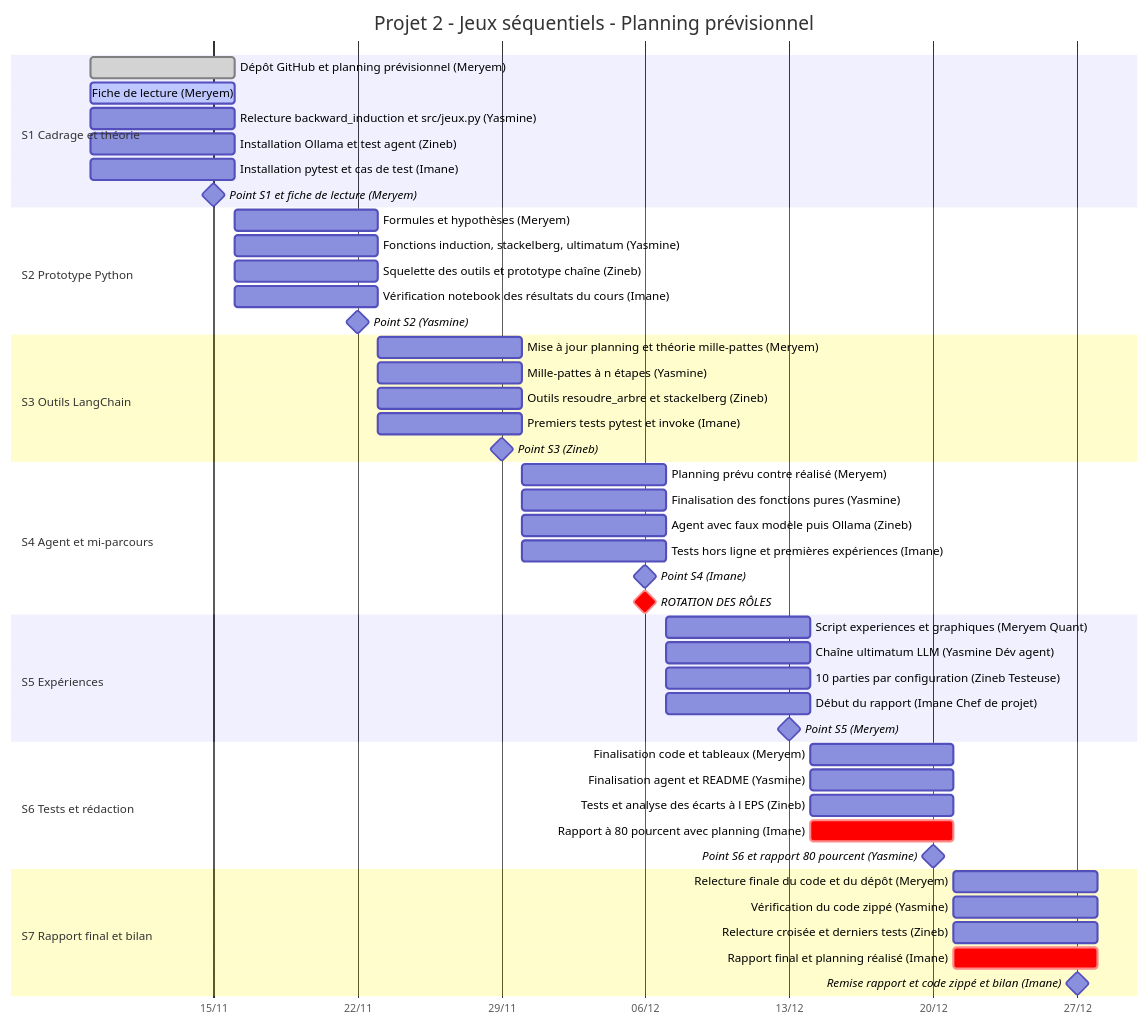
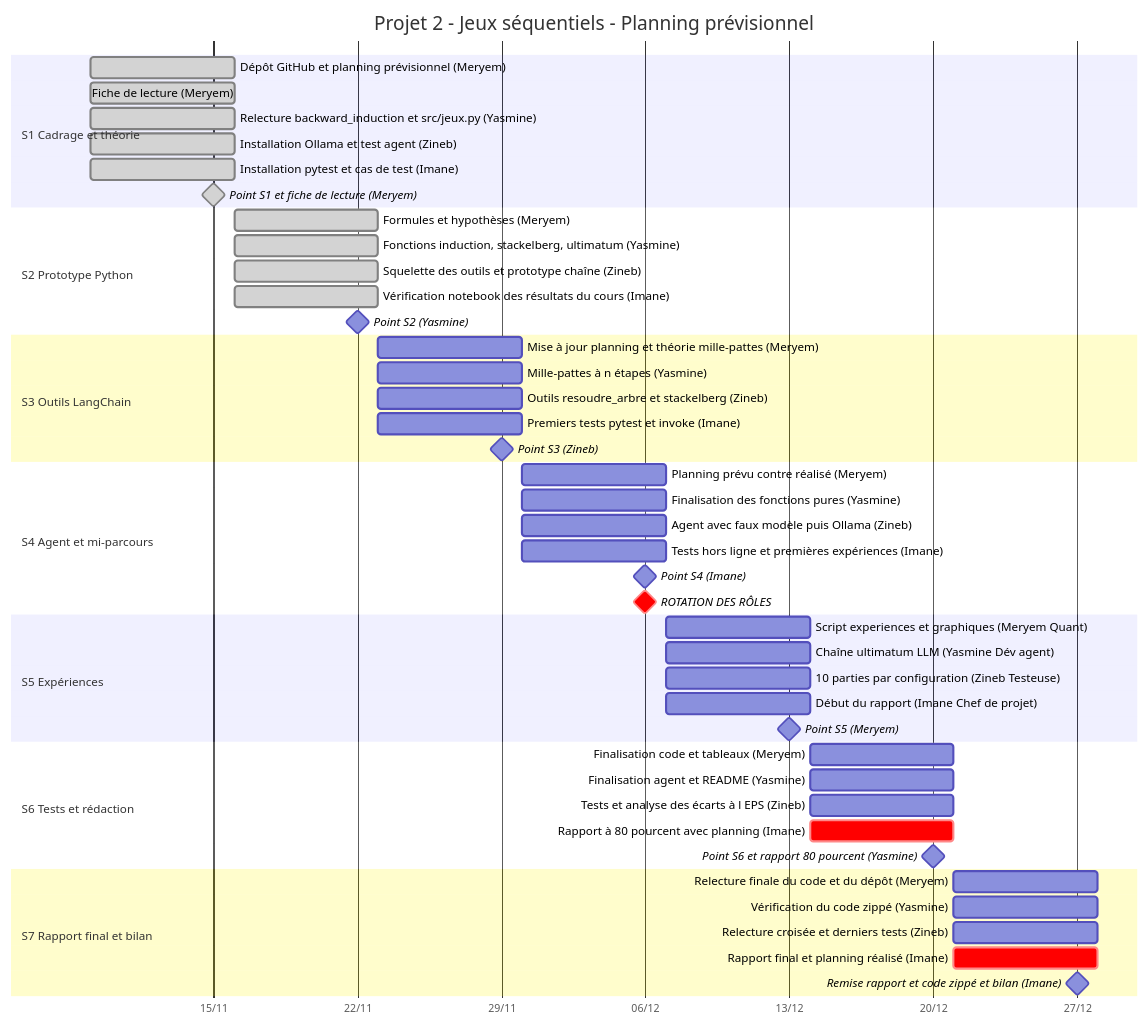
One commit to merryfdill/projet2-jeux-sequentiels changed the diagram in docs/gantt_source.mmd. Above: the diagram before and after it, drawn with Mermaid. The commit also changed 2 other files, not shown here.

Commit message:
[Meryem] S2 - Mise à jour du Gantt (statuts)

```diff
--- a/docs/gantt_source.mmd
+++ b/docs/gantt_source.mmd
@@ -1,56 +1,56 @@
 gantt
     title Projet 2 - Jeux séquentiels - Planning prévisionnel
     dateFormat YYYY-MM-DD
     axisFormat %d/%m
     todayMarker off
 
     section S1 Cadrage et théorie
     Dépôt GitHub et planning prévisionnel (Meryem)     :done, s1a, 2026-11-09, 7d
-    Fiche de lecture (Meryem)                          :active, s1b, 2026-11-09, 7d
-    Relecture backward_induction et src/jeux.py (Yasmine) :s1c, 2026-11-09, 7d
-    Installation Ollama et test agent (Zineb)          :s1d, 2026-11-09, 7d
-    Installation pytest et cas de test (Imane)         :s1e, 2026-11-09, 7d
-    Point S1 et fiche de lecture (Meryem)              :milestone, m1, 2026-11-15, 0d
+    Fiche de lecture (Meryem)                          :done, s1b, 2026-11-09, 7d
+    Relecture backward_induction et src/jeux.py (Yasmine) :done, s1c, 2026-11-09, 7d
+    Installation Ollama et test agent (Zineb)          :done, s1d, 2026-11-09, 7d
+    Installation pytest et cas de test (Imane)         :done, s1e, 2026-11-09, 7d
+    Point S1 et fiche de lecture (Meryem)              :done, milestone, m1, 2026-11-15, 0d
 
     section S2 Prototype Python
-    Formules et hypothèses (Meryem)                    :s2a, 2026-11-16, 7d
-    Fonctions induction, stackelberg, ultimatum (Yasmine) :s2b, 2026-11-16, 7d
-    Squelette des outils et prototype chaîne (Zineb)   :s2c, 2026-11-16, 7d
-    Vérification notebook des résultats du cours (Imane) :s2d, 2026-11-16, 7d
+    Formules et hypothèses (Meryem)                    :done, s2a, 2026-11-16, 7d
+    Fonctions induction, stackelberg, ultimatum (Yasmine) :done, s2b, 2026-11-16, 7d
+    Squelette des outils et prototype chaîne (Zineb)   :done, s2c, 2026-11-16, 7d
+    Vérification notebook des résultats du cours (Imane) :done, s2d, 2026-11-16, 7d
     Point S2 (Yasmine)                                 :milestone, m2, 2026-11-22, 0d
 
     section S3 Outils LangChain
     Mise à jour planning et théorie mille-pattes (Meryem) :s3a, 2026-11-23, 7d
     Mille-pattes à n étapes (Yasmine)                  :s3b, 2026-11-23, 7d
     Outils resoudre_arbre et stackelberg (Zineb)       :s3c, 2026-11-23, 7d
     Premiers tests pytest et invoke (Imane)            :s3d, 2026-11-23, 7d
     Point S3 (Zineb)                                   :milestone, m3, 2026-11-29, 0d
 
     section S4 Agent et mi-parcours
     Planning prévu contre réalisé (Meryem)             :s4a, 2026-11-30, 7d
     Finalisation des fonctions pures (Yasmine)         :s4b, 2026-11-30, 7d
     Agent avec faux modèle puis Ollama (Zineb)         :s4c, 2026-11-30, 7d
     Tests hors ligne et premières expériences (Imane)  :s4d, 2026-11-30, 7d
     Point S4 (Imane)                                   :milestone, m4, 2026-12-06, 0d
     ROTATION DES RÔLES                                 :crit, milestone, rot, 2026-12-06, 0d
 
     section S5 Expériences
     Script experiences et graphiques (Meryem Quant)    :s5a, 2026-12-07, 7d
     Chaîne ultimatum LLM (Yasmine Dév agent)           :s5b, 2026-12-07, 7d
     10 parties par configuration (Zineb Testeuse)      :s5c, 2026-12-07, 7d
     Début du rapport (Imane Chef de projet)            :s5d, 2026-12-07, 7d
     Point S5 (Meryem)                                  :milestone, m5, 2026-12-13, 0d
 
     section S6 Tests et rédaction
     Finalisation code et tableaux (Meryem)             :s6a, 2026-12-14, 7d
     Finalisation agent et README (Yasmine)             :s6b, 2026-12-14, 7d
     Tests et analyse des écarts à l EPS (Zineb)        :s6c, 2026-12-14, 7d
     Rapport à 80 pourcent avec planning (Imane)        :crit, s6d, 2026-12-14, 7d
     Point S6 et rapport 80 pourcent (Yasmine)          :milestone, m6, 2026-12-20, 0d
 
     section S7 Rapport final et bilan
     Relecture finale du code et du dépôt (Meryem)      :s7a, 2026-12-21, 7d
     Vérification du code zippé (Yasmine)               :s7b, 2026-12-21, 7d
     Relecture croisée et derniers tests (Zineb)        :s7c, 2026-12-21, 7d
     Rapport final et planning réalisé (Imane)          :crit, s7d, 2026-12-21, 7d
     Remise rapport et code zippé et bilan (Imane)      :milestone, m7, 2026-12-27, 0d
```
